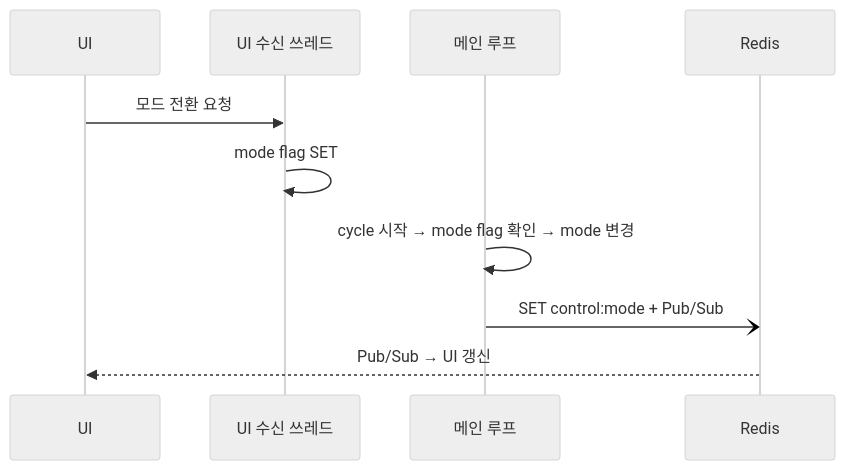
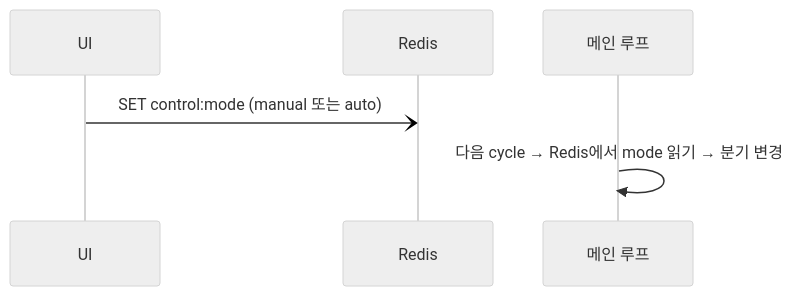
Before and after one commit to DEEPGadget/L2A_CDU_system: the second of 2 diagrams in docs/MCG.md, drawn with Mermaid (neutral theme). The commit also changed other lines of this file and 2 other files, not shown here.

````diff
--- a/docs/MCG.md
+++ b/docs/MCG.md
@@ -168,13 +164,9 @@
 ```mermaid
 sequenceDiagram
     participant UI as UI
-    participant Listen as UI 수신 쓰레드
+    participant Redis as Redis
     participant Main as 메인 루프
-    participant Redis as Redis
 
-    UI->>Listen: 모드 전환 요청
-    Listen->>Listen: mode flag SET
-    Main->>Main: cycle 시작 → mode flag 확인 → mode 변경
-    Main-)Redis: SET control:mode + Pub/Sub
-    Redis-->>UI: Pub/Sub → UI 갱신
+    UI-)Redis: SET control:mode (manual 또는 auto)
+    Main->>Main: 다음 cycle → Redis에서 mode 읽기 → 분기 변경
 ```
````
